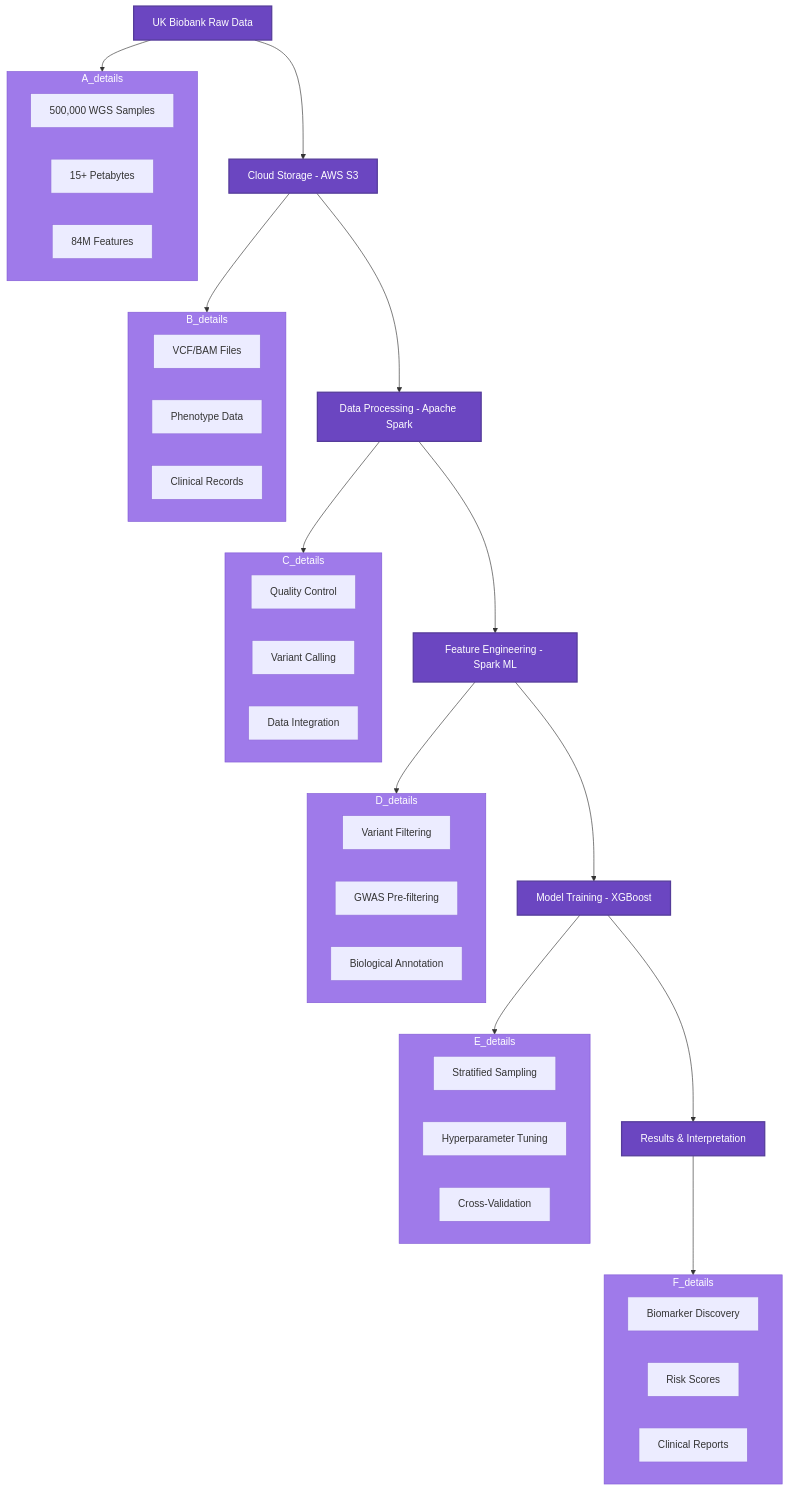
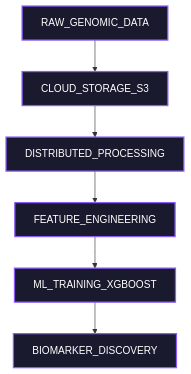
One commit to idrees118/idrees118.github.io changed the diagram in index.md. Above: the diagram before and after it, drawn with Mermaid. The commit also changed other lines of this file, not shown here.

```diff
--- a/index.md
+++ b/index.md
@@ -634,64 +462,15 @@
         <div class="mermaid">
 graph TD
-    A[UK Biobank Raw Data] --> B[Cloud Storage - AWS S3]
-    B --> C[Data Processing - Apache Spark]
-    C --> D[Feature Engineering - Spark ML]
-    D --> E[Model Training - XGBoost]
-    E --> F[Results & Interpretation]
+    A[RAW_GENOMIC_DATA] --> B[CLOUD_STORAGE_S3]
+    B --> C[DISTRIBUTED_PROCESSING]
+    C --> D[FEATURE_ENGINEERING]
+    D --> E[ML_TRAINING_XGBOOST]
+    E --> F[BIOMARKER_DISCOVERY]
     
-    subgraph A_details
-        A1[500,000 WGS Samples]
-        A2[15+ Petabytes]
-        A3[84M Features]
-    end
-    
-    subgraph B_details
-        B1[VCF/BAM Files]
-        B2[Phenotype Data]
-        B3[Clinical Records]
-    end
-    
-    subgraph C_details
-        C1[Quality Control]
-        C2[Variant Calling]
-        C3[Data Integration]
-    end
-    
-    subgraph D_details
-        D1[Variant Filtering]
-        D2[GWAS Pre-filtering]
-        D3[Biological Annotation]
-    end
-    
-    subgraph E_details
-        E1[Stratified Sampling]
-        E2[Hyperparameter Tuning]
-        E3[Cross-Validation]
-    end
-    
-    subgraph F_details
-        F1[Biomarker Discovery]
-        F2[Risk Scores]
-        F3[Clinical Reports]
-    end
-    
-    A --> A_details
-    B --> B_details
-    C --> C_details
-    D --> D_details
-    E --> E_details
-    F --> F_details
-
-    style A fill:#6B46C1,stroke:#553C9A,stroke-width:2px,color:#ffffff
-    style B fill:#6B46C1,stroke:#553C9A,stroke-width:2px,color:#ffffff
-    style C fill:#6B46C1,stroke:#553C9A,stroke-width:2px,color:#ffffff
-    style D fill:#6B46C1,stroke:#553C9A,stroke-width:2px,color:#ffffff
-    style E fill:#6B46C1,stroke:#553C9A,stroke-width:2px,color:#ffffff
-    style F fill:#6B46C1,stroke:#553C9A,stroke-width:2px,color:#ffffff
-    style A_details fill:#9F7AEA,stroke:#805AD5,stroke-width:1px,color:#ffffff
-    style B_details fill:#9F7AEA,stroke:#805AD5,stroke-width:1px,color:#ffffff
-    style C_details fill:#9F7AEA,stroke:#805AD5,stroke-width:1px,color:#ffffff
-    style D_details fill:#9F7AEA,stroke:#805AD5,stroke-width:1px,color:#ffffff
-    style E_details fill:#9F7AEA,stroke:#805AD5,stroke-width:1px,color:#ffffff
-    style F_details fill:#9F7AEA,stroke:#805AD5,stroke-width:1px,color:#ffffff
+    style A fill:#1a1a2e,stroke:#8b5cf6,stroke-width:2px,color:#ffffff
+    style B fill:#1a1a2e,stroke:#8b5cf6,stroke-width:2px,color:#ffffff
+    style C fill:#1a1a2e,stroke:#8b5cf6,stroke-width:2px,color:#ffffff
+    style D fill:#1a1a2e,stroke:#8b5cf6,stroke-width:2px,color:#ffffff
+    style E fill:#1a1a2e,stroke:#8b5cf6,stroke-width:2px,color:#ffffff
+    style F fill:#1a1a2e,stroke:#8b5cf6,stroke-width:2px,color:#ffffff
         </div>
```
